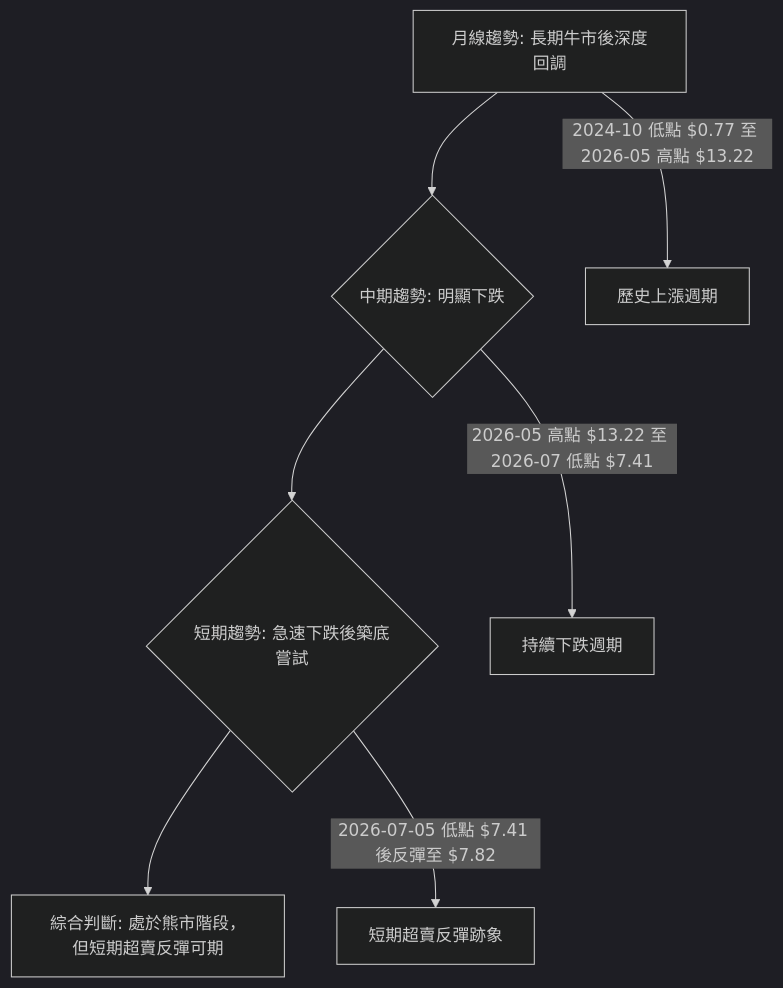
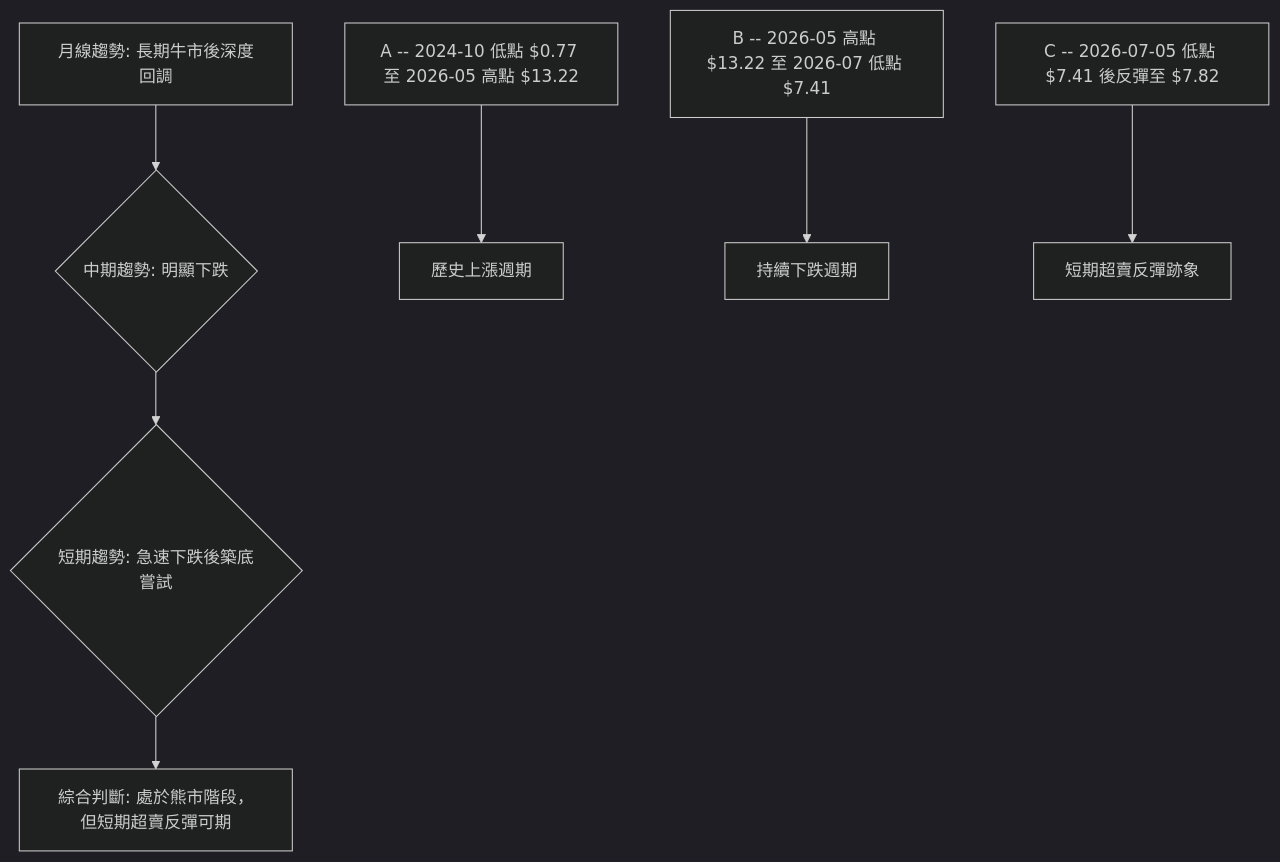
One commit to yennanliu/finance_data changed the second of 11 diagrams in ai_gen_report/stock/onds/technical_analysis_2026-07-07_gemini.md. Above: the diagram before and after it, drawn with Mermaid (dark theme). The commit also changed other lines of this file and 2258 other files, not shown here.

First line of the commit message:
chore: backfill Mermaid syntax repair across existing reports

````diff
--- a/ai_gen_report/stock/onds/technical_analysis_2026-07-07_gemini.md
+++ b/ai_gen_report/stock/onds/technical_analysis_2026-07-07_gemini.md
@@ -115,9 +115,9 @@
 ```mermaid
 graph TD
-    A[月線趨勢: 長期牛市後深度回調] --> B{中期趨勢: 明顯下跌}
-    B --> C{短期趨勢: 急速下跌後築底嘗試}
-    C --> D[綜合判斷: 處於熊市階段，但短期超賣反彈可期]
-    A -- 2024-10 低點 $0.77 至 2026-05 高點 $13.22 --> 歷史上漲週期
-    B -- 2026-05 高點 $13.22 至 2026-07 低點 $7.41 --> 持續下跌週期
-    C -- 2026-07-05 低點 $7.41 後反彈至 $7.82 --> 短期超賣反彈跡象
+    A["月線趨勢: 長期牛市後深度回調"] --> B{"中期趨勢: 明顯下跌"}
+    B --> C{"短期趨勢: 急速下跌後築底嘗試"}
+    C --> D["綜合判斷: 處於熊市階段，但短期超賣反彈可期"]
+    nb1["A -- 2024-10 低點 $0.77 至 2026-05 高點 $13.22"] --> 歷史上漲週期
+    nb2["B -- 2026-05 高點 $13.22 至 2026-07 低點 $7.41"] --> 持續下跌週期
+    nb3["C -- 2026-07-05 低點 $7.41 後反彈至 $7.82"] --> 短期超賣反彈跡象
 ```
````
